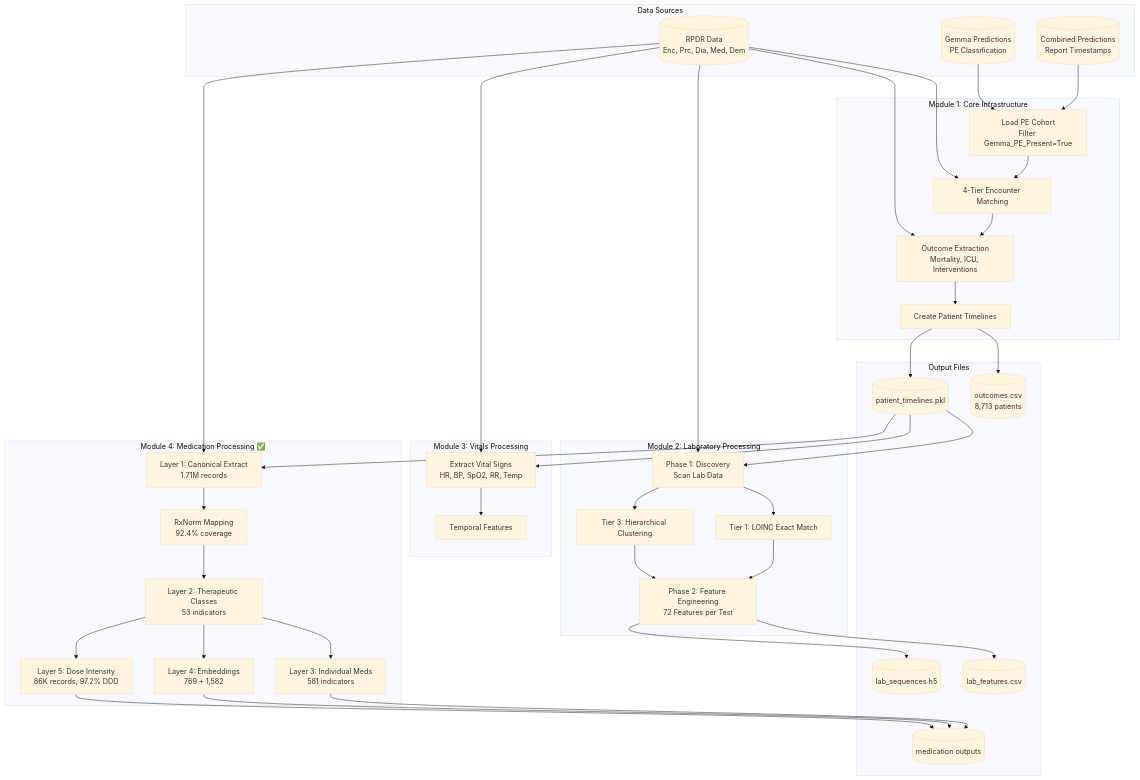
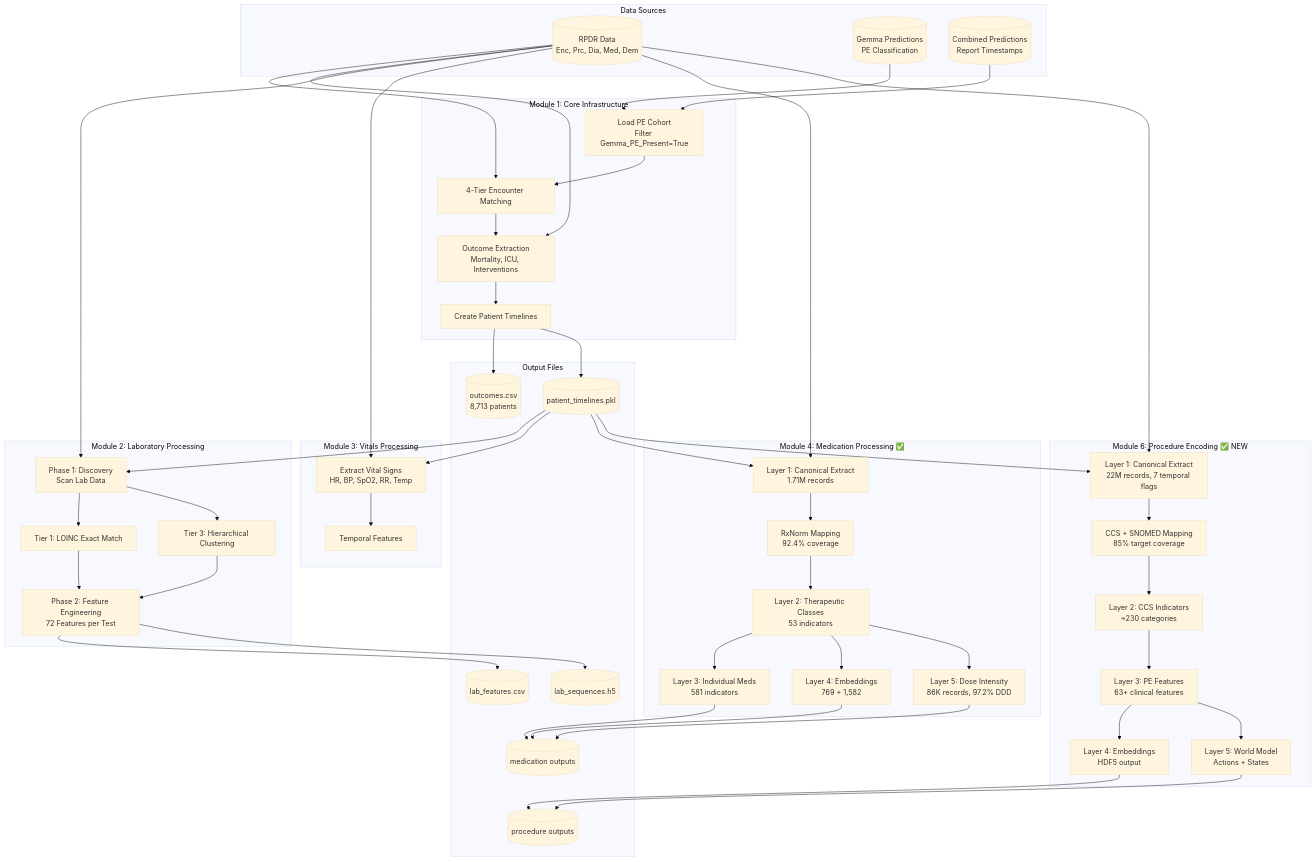
Before and after one commit to moinhs1/extracting-features: the first of 6 diagrams in docs/architecture.md, drawn with Mermaid (base theme). The commit also changed other lines of this file and 2 other files, not shown here.

First line of the commit message:
docs: update documentation with Module 6 completion

````diff
--- a/docs/architecture.md
+++ b/docs/architecture.md
@@ -39,12 +39,22 @@
         M4_Dose[Layer 5: Dose Intensity<br/>86K records, 97.2% DDD]
     end
 
+    subgraph Module6["Module 6: Procedure Encoding ✅ NEW"]
+        M6_Extract[Layer 1: Canonical Extract<br/>22M records, 7 temporal flags]
+        M6_Map[CCS + SNOMED Mapping<br/>85% target coverage]
+        M6_CCS[Layer 2: CCS Indicators<br/>~230 categories]
+        M6_PE[Layer 3: PE Features<br/>63+ clinical features]
+        M6_Embed[Layer 4: Embeddings<br/>HDF5 output]
+        M6_World[Layer 5: World Model<br/>Actions + States]
+    end
+
     subgraph Outputs["Output Files"]
         OUT_CSV[(outcomes.csv<br/>8,713 patients)]
         OUT_PKL[(patient_timelines.pkl)]
         OUT_LAB[(lab_features.csv)]
         OUT_H5[(lab_sequences.h5)]
         OUT_MED[(medication outputs)]
+        OUT_PRC[(procedure outputs)]
     end
 
     %% Data flow
@@ -81,4 +91,14 @@
     M4_Indiv --> OUT_MED
     M4_Embed --> OUT_MED
     M4_Dose --> OUT_MED
+
+    OUT_PKL --> M6_Extract
+    RPDR --> M6_Extract
+    M6_Extract --> M6_Map
+    M6_Map --> M6_CCS
+    M6_CCS --> M6_PE
+    M6_PE --> M6_Embed
+    M6_PE --> M6_World
+    M6_Embed --> OUT_PRC
+    M6_World --> OUT_PRC
 ```
````
